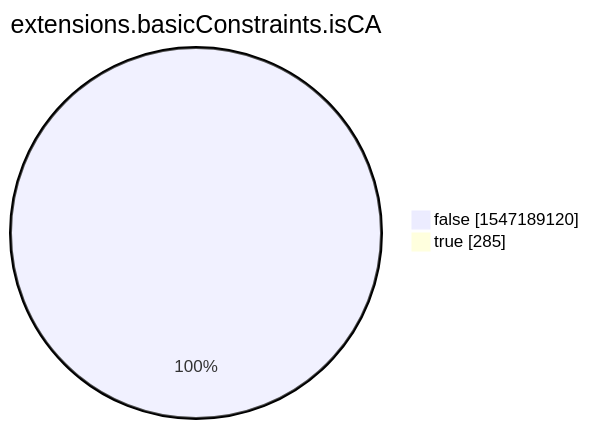
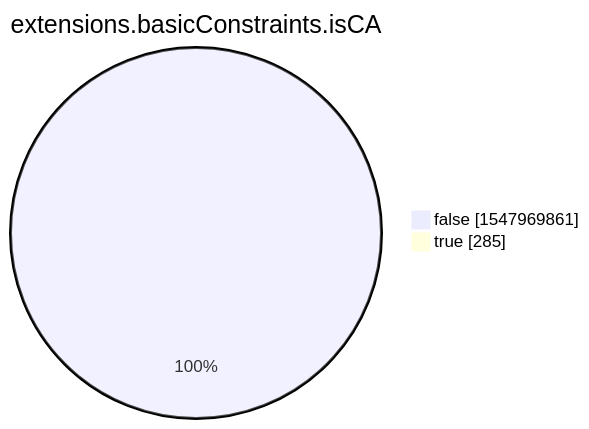
The eighth of 15 diagrams in xenon2022/README.md (christiankrug/ctmonitor_visualization), drawn with Mermaid before and after one commit. The commit also changed other lines of this file, not shown here.

````diff
--- a/xenon2022/README.md
+++ b/xenon2022/README.md
@@ -2859,6 +2859,6 @@
 ```mermaid
 pie showData
 title extensions.basicConstraints.isCA
-"false" :1547189120
+"false" :1547969861
 "true" :285
 ```
````
